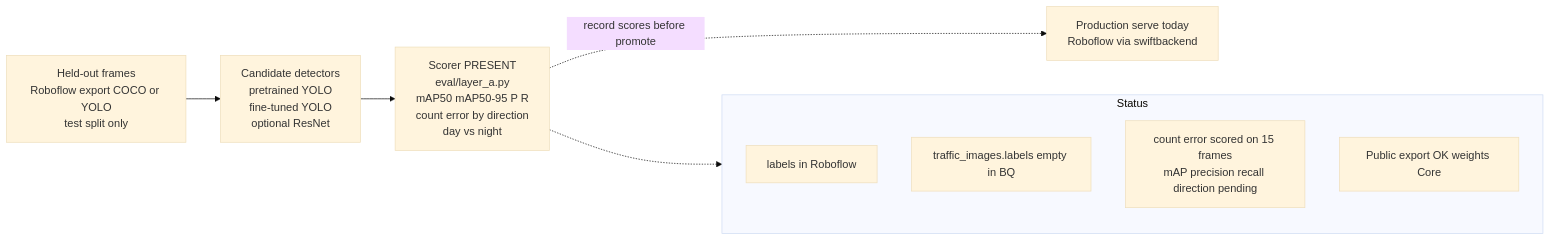
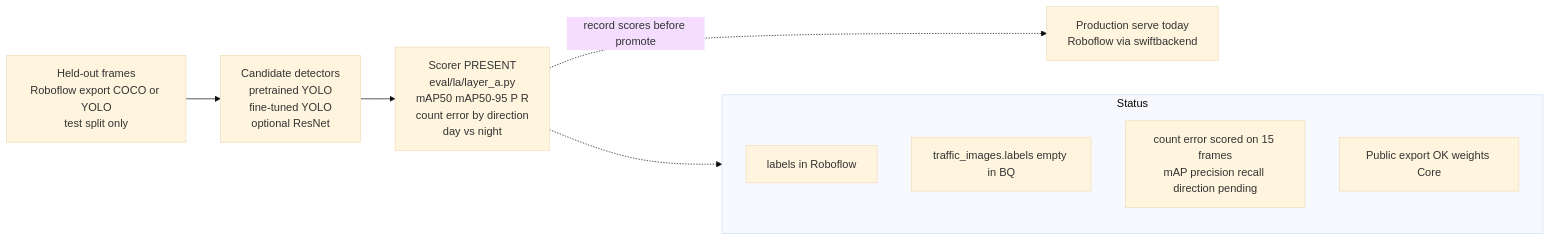
Before and after one commit to sozuken-max/swiftborder: the diagram in docs/diagrams/eval-layer-a.mmd, drawn with Mermaid (base theme). The commit also changed 231 other files, not shown here.

```diff
--- a/docs/diagrams/eval-layer-a.mmd
+++ b/docs/diagrams/eval-layer-a.mmd
@@ -1,16 +1,16 @@
 flowchart LR
   EXP["Held-out frames<br/>Roboflow export COCO or YOLO<br/>test split only"]
   CAND["Candidate detectors<br/>pretrained YOLO<br/>fine-tuned YOLO<br/>optional ResNet"]
-  HARNESS["Scorer PRESENT<br/>eval/layer_a.py<br/>mAP50 mAP50-95 P R<br/>count error by direction<br/>day vs night"]
+  HARNESS["Scorer PRESENT<br/>eval/la/layer_a.py<br/>mAP50 mAP50-95 P R<br/>count error by direction<br/>day vs night"]
   SERVE["Production serve today<br/>Roboflow via swiftbackend"]
   EXP --> CAND --> HARNESS
   HARNESS -.->|"record scores before promote"| SERVE
 
   subgraph STATUS["Status"]
     S1["labels in Roboflow"]
     S2["traffic_images.labels empty in BQ"]
     S3["count error scored on 15 frames<br/>mAP precision recall direction pending"]
     S4["Public export OK weights Core"]
   end
 
   HARNESS -.-> STATUS
```
